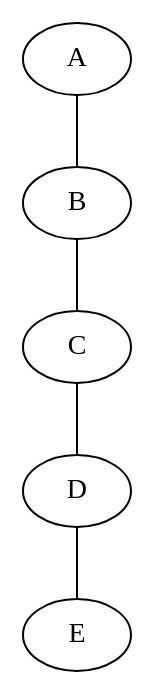
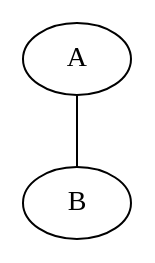
Before and after one commit to claudio-t/eva: the diagram in input/frame2d_2.dot, drawn with Graphviz. The commit also changed 6 other files, not shown here.

```diff
--- a/input/frame2d_2.dot
+++ b/input/frame2d_2.dot
@@ -1,14 +1,22 @@
 graph {
     /* -- Nodes -- */
-    A[coords = "[0.0, 0.0]", bcs = "[0.0, 0.0, NAN]", load = "[0.0, 0.0]"];
-    B[coords = "[0.0, 2.0]", bcs = "[NAN, NAN, NAN]", load = "[0.0, 0.0]"];
-    C[coords = "[1.5, 2.0]", bcs = "[NAN, NAN, NAN]", load = "[0.0,-2.e4]", torque = "0.0"];
-    D[coords = "[3.0, 2.0]", bcs = "[NAN, NAN, NAN]", load = "[0.0, 0.0]"];
-    E[coords = "[3.0, 0.0]", bcs = "[0.0, 0.0, NAN]", load = "[0.0, 0.0]"];
+    A[coords = "[0.0, 0.0]", bcs = "[0.0, 0.0, 0.0]", load = "[0.0, 0.0]"];
+    B[coords = "[3.0, 0.0]", load = "[0.0, -2.e3]"];
     
     /* -- Edges -- */
-    A -- B[E="2.e11", A="1.e-2", I="8.3333e-6"];
-    B -- C[E="2.e11", A="1.e-2", I="8.3333e-6"];
-    C -- D[E="2.e11", A="1.e-2", I="8.3333e-6"];
-    D -- E[E="2.e11", A="1.e-2", I="8.3333e-6"];
+    A -- B[E="69.e9", A="1.e-2", I="8.3333e-6"];
 }
+//~ graph {
+    //~ /* -- Nodes -- */
+    //~ A[coords = "[0.0, 0.0]", bcs = "[0.0, 0.0, NAN]", load = "[0.0, 0.0]"];
+    //~ B[coords = "[0.0, 2.0]", bcs = "[NAN, NAN, NAN]", load = "[0.0, 0.0]"];
+    //~ C[coords = "[1.5, 2.0]", bcs = "[NAN, NAN, NAN]", load = "[0.0,-2.e4]", torque = "0.0"];
+    //~ D[coords = "[3.0, 2.0]", bcs = "[NAN, NAN, NAN]", load = "[0.0, 0.0]"];
+    //~ E[coords = "[3.0, 0.0]", bcs = "[0.0, 0.0, NAN]", load = "[0.0, 0.0]"];
+    //~ 
+    //~ /* -- Edges -- */
+    //~ A -- B[E="2.e11", A="1.e-2", I="8.3333e-6"];
+    //~ B -- C[E="2.e11", A="1.e-2", I="8.3333e-6"];
+    //~ C -- D[E="2.e11", A="1.e-2", I="8.3333e-6"];
+    //~ D -- E[E="2.e11", A="1.e-2", I="8.3333e-6"];
+//~ }
```
